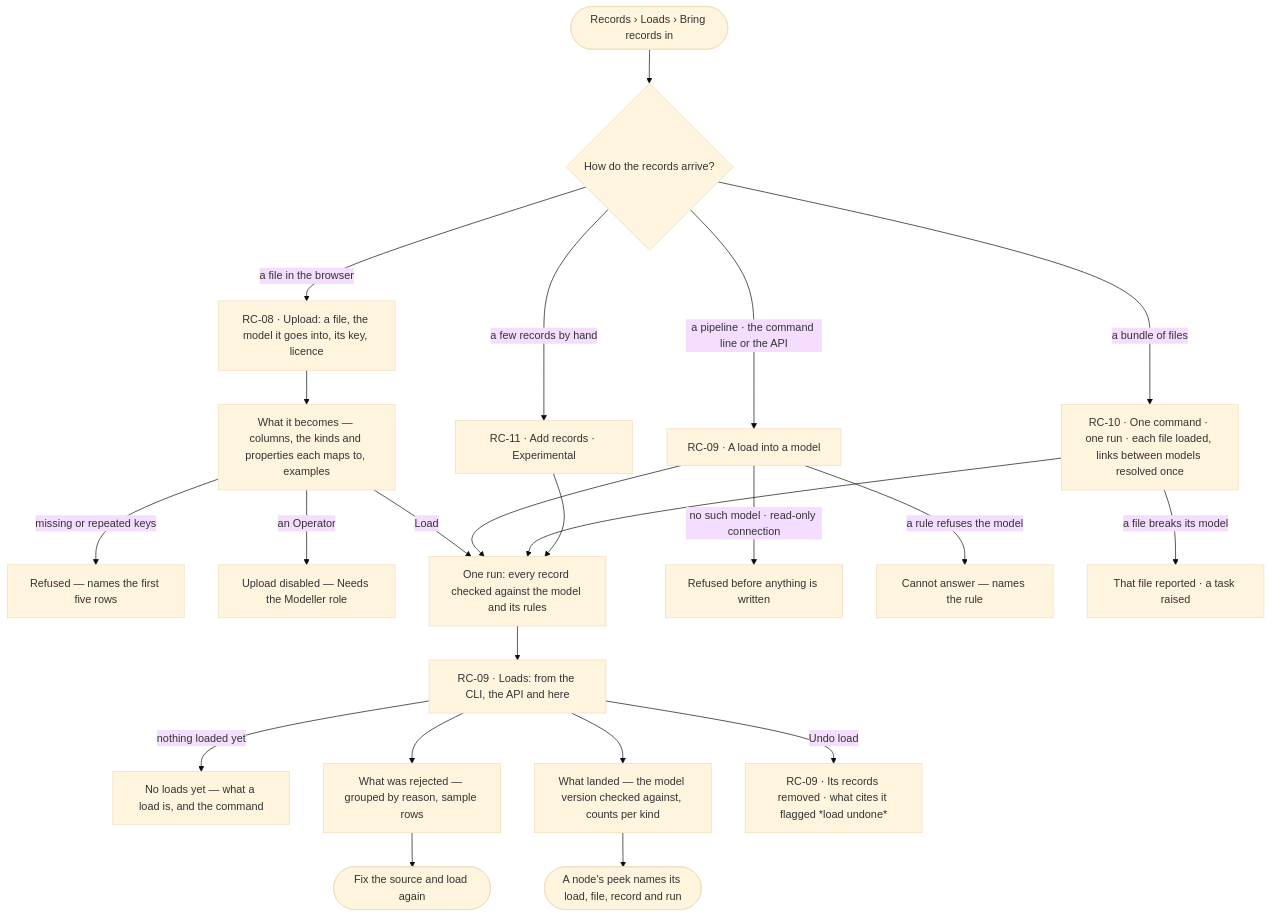
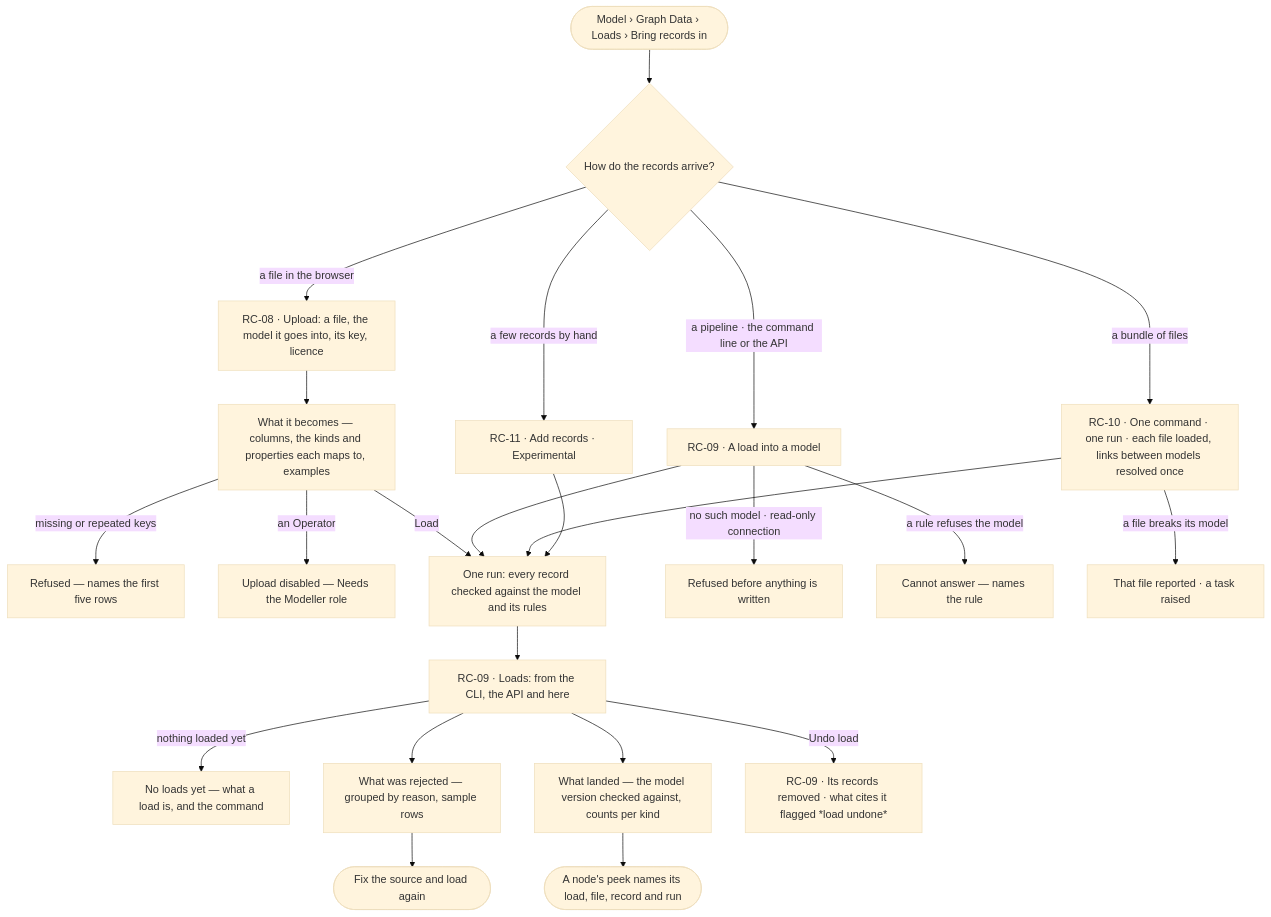
The diagram in specs/capabilities/records/features/RC-F02-bring-records-in/feature.md (invana/invana), drawn with Mermaid (base theme) before and after one commit. The commit also changed other lines of this file and 133 other files, not shown here.

````diff
--- a/specs/capabilities/records/features/RC-F02-bring-records-in/feature.md
+++ b/specs/capabilities/records/features/RC-F02-bring-records-in/feature.md
@@ -25,25 +25,25 @@
 ```mermaid
 flowchart TD
-  start([Records › Loads › Bring records in]) --> how{How do the records arrive?}
+  start([Model › Graph Data › Loads › Bring records in]) --> how{How do the records arrive?}
   how -->|a file in the browser| up["RC-08 · Upload: a file, the model it goes into, its key, licence"]
   up --> prev["What it becomes — columns, the kinds and properties each maps to, examples"]
   prev -->|missing or repeated keys| upx["Refused — names the first five rows"]
   prev -->|an Operator| una["Upload disabled — Needs the Modeller role"]
   prev -->|Load| run
   how -->|a pipeline · the command line or the API| cli["RC-09 · A load into a model"]
   cli -->|no such model · read-only connection| clx["Refused before anything is written"]
   cli -->|a rule refuses the model| clr["Cannot answer — names the rule"]
   cli --> run["One run: every record checked against the model and its rules"]
   how -->|a bundle of files| bun["RC-10 · One command · one run · each file loaded, links between models resolved once"]
   bun -->|a file breaks its model| tk["That file reported · a task raised"]
   bun --> run
   how -->|a few records by hand| obs["RC-11 · Add records · Experimental"]
   obs --> run
   run --> imp["RC-09 · Loads: from the CLI, the API and here"]
   imp -->|nothing loaded yet| imp0["No loads yet — what a load is, and the command"]
   imp --> rej["What was rejected — grouped by reason, sample rows"]
   rej --> fix([Fix the source and load again])
   imp --> landed["What landed — the model version checked against, counts per kind"]
   landed --> node(["A node's peek names its load, file, record and run"])
   imp -->|Undo load| und["RC-09 · Its records removed · what cites it flagged *load undone*"]
 ```
````
